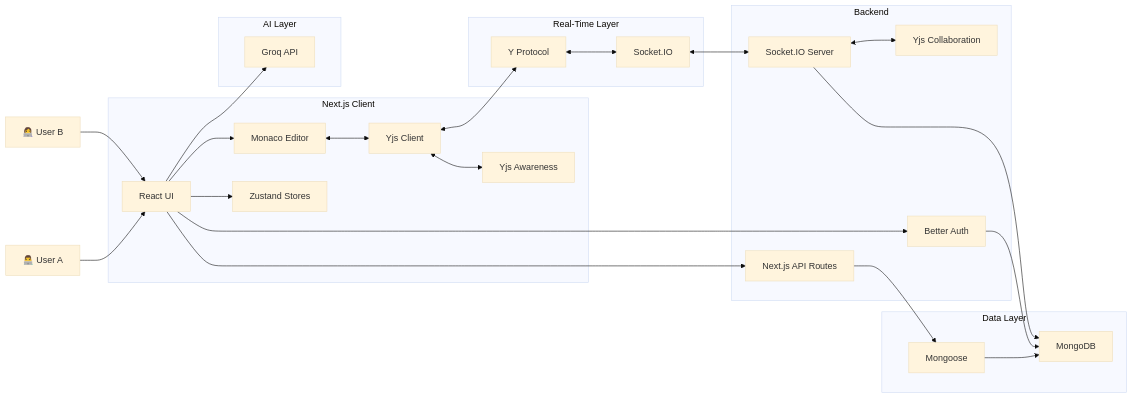
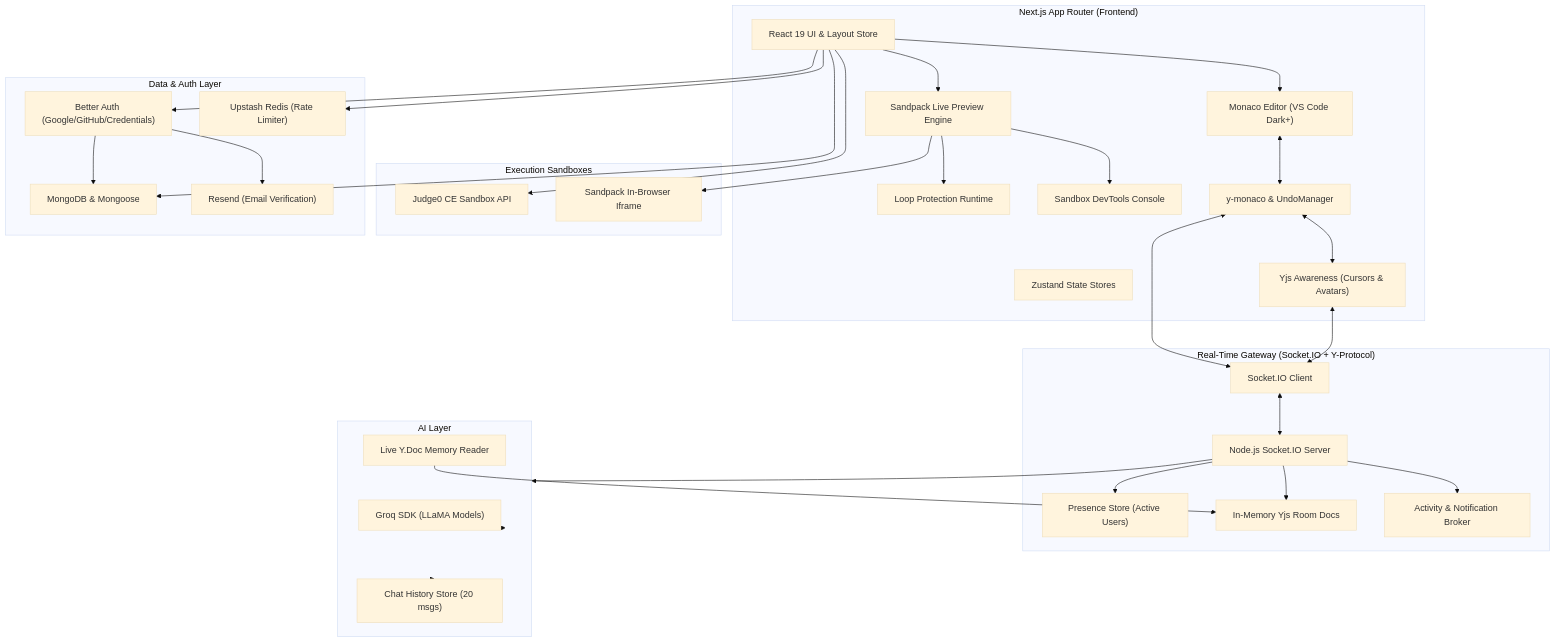
Before and after one commit to monushah108/codesync: the diagram in readme.md, drawn with Mermaid (base theme). The commit also changed other lines of this file and 10 other files, not shown here.

````diff
--- a/readme.md
+++ b/readme.md
@@ -103,61 +123,67 @@
 ```mermaid
-flowchart LR
-
-    UserA["👨‍💻 User A"]
-    UserB["👩‍💻 User B"]
-
-    subgraph CLIENT["Next.js Client"]
-        UI["React UI"]
-        Monaco["Monaco Editor"]
-        Zustand["Zustand Stores"]
-        YClient["Yjs Client"]
-        Awareness["Yjs Awareness"]
+flowchart TB
+    subgraph CLIENT["Next.js App Router (Frontend)"]
+        UI["React 19 UI & Layout Store"]
+        Monaco["Monaco Editor (VS Code Dark+)"]
+        Zustand["Zustand State Stores"]
+        Sandpack["Sandpack Live Preview Engine"]
+        LoopGuard["Loop Protection Runtime"]
+        DevConsole["Sandbox DevTools Console"]
+        YMonaco["y-monaco & UndoManager"]
+        AwarenessClient["Yjs Awareness (Cursors & Avatars)"]
     end
 
-    subgraph REALTIME["Real-Time Layer"]
-        Socket["Socket.IO"]
-        YProtocol["Y Protocol"]
-    end
-
-    subgraph SERVER["Backend"]
-        API["Next.js API Routes"]
-        SocketServer["Socket.IO Server"]
-        YServer["Yjs Collaboration"]
-        Auth["Better Auth"]
-    end
-
-    subgraph DATA["Data Layer"]
-        Mongo["MongoDB"]
-        Mongoose["Mongoose"]
+    subgraph REALTIME["Real-Time Gateway (Socket.IO + Y-Protocol)"]
+        SocketClient["Socket.IO Client"]
+        SocketServer["Node.js Socket.IO Server"]
+        PresenceStore["Presence Store (Active Users)"]
+        YDocStore["In-Memory Yjs Room Docs"]
+        ActivityHandler["Activity & Notification Broker"]
     end
 
     subgraph AI["AI Layer"]
-        Groq["Groq API"]
+        GroqSDK["Groq SDK (LLaMA Models)"]
+        ChatMemory["Chat History Store (20 msgs)"]
+        DocReader["Live Y.Doc Memory Reader"]
     end
 
-    UserA --> UI
-    UserB --> UI
+    subgraph RUNTIME["Execution Sandboxes"]
+        Judge0["Judge0 CE Sandbox API"]
+        SandpackIframe["Sandpack In-Browser Iframe"]
+    end
+
+    subgraph PERSISTENCE["Data & Auth Layer"]
+        BetterAuth["Better Auth (Google/GitHub/Credentials)"]
+        Mongo["MongoDB & Mongoose"]
+        Upstash["Upstash Redis (Rate Limiter)"]
+        Resend["Resend (Email Verification)"]
+    end
 
     UI --> Monaco
-    UI --> Zustand
+    UI --> Sandpack
+    Sandpack --> LoopGuard
+    Sandpack --> DevConsole
+    Monaco <--> YMonaco
+    YMonaco <--> AwarenessClient
+    YMonaco <--> SocketClient
+    AwarenessClient <--> SocketClient
 
-    Monaco <--> YClient
-    YClient <--> Awareness
+    SocketClient <--> SocketServer
+    SocketServer --> PresenceStore
+    SocketServer --> YDocStore
+    SocketServer --> ActivityHandler
 
-    YClient <--> YProtocol
-    YProtocol <--> Socket
+    SocketServer --> AI
+    DocReader --> YDocStore
+    AI --> GroqSDK
+    AI --> ChatMemory
 
-    Socket <--> SocketServer
-    SocketServer <--> YServer
+    UI --> Judge0
+    Sandpack --> SandpackIframe
 
-    UI --> API
-    API --> Mongoose
-    Mongoose --> Mongo
-
-    UI --> Auth
-    Auth --> Mongo
-
-    UI --> Groq
-
-    SocketServer --> Mongo
+    UI --> BetterAuth
+    BetterAuth --> Mongo
+    UI --> Mongo
+    UI --> Upstash
+    BetterAuth --> Resend
 ```
````
